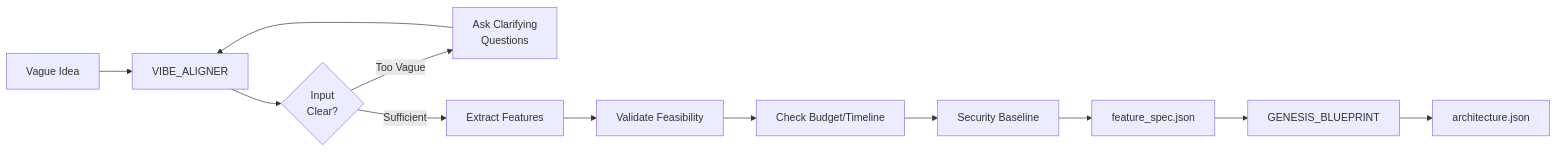
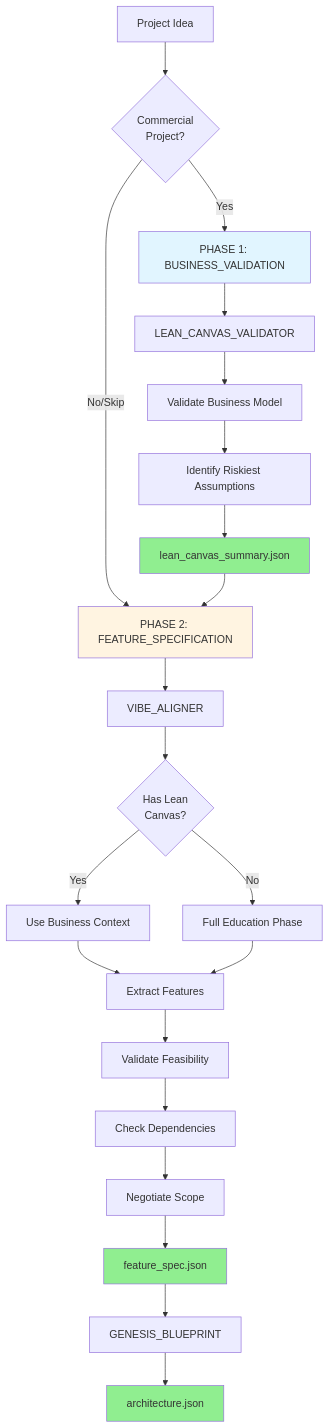
The diagram in README.md (kimeisele/vibe-agency), drawn with Mermaid before and after one commit. The commit also changed other lines of this file and 3 other files, not shown here.

````diff
--- a/README.md
+++ b/README.md
@@ -127,14 +141,34 @@
 ```mermaid
-graph LR
-    A[Vague Idea] --> B[VIBE_ALIGNER]
-    B --> C{Input<br/>Clear?}
-    C -->|Too Vague| D[Ask Clarifying<br/>Questions]
-    D --> B
-    C -->|Sufficient| E[Extract Features]
-    E --> F[Validate Feasibility]
-    F --> G[Check Budget/Timeline]
-    G --> H[Security Baseline]
-    H --> I[feature_spec.json]
-    I --> J[GENESIS_BLUEPRINT]
-    J --> K[architecture.json]
+graph TB
+    Start[Project Idea] --> Check{Commercial<br/>Project?}
+
+    Check -->|Yes| Phase1[PHASE 1: BUSINESS_VALIDATION]
+    Check -->|No/Skip| Phase2[PHASE 2: FEATURE_SPECIFICATION]
+
+    Phase1 --> LCV[LEAN_CANVAS_VALIDATOR]
+    LCV --> LCV1[Validate Business Model]
+    LCV1 --> LCV2[Identify Riskiest Assumptions]
+    LCV2 --> LCS[lean_canvas_summary.json]
+
+    LCS --> Phase2
+
+    Phase2 --> VA[VIBE_ALIGNER]
+    VA --> VA1{Has Lean<br/>Canvas?}
+    VA1 -->|Yes| VA2[Use Business Context]
+    VA1 -->|No| VA3[Full Education Phase]
+    VA2 --> VA4[Extract Features]
+    VA3 --> VA4
+    VA4 --> VA5[Validate Feasibility]
+    VA5 --> VA6[Check Dependencies]
+    VA6 --> VA7[Negotiate Scope]
+    VA7 --> FS[feature_spec.json]
+
+    FS --> GB[GENESIS_BLUEPRINT]
+    GB --> Arch[architecture.json]
+
+    style Phase1 fill:#e1f5ff
+    style Phase2 fill:#fff4e1
+    style LCS fill:#90ee90
+    style FS fill:#90ee90
+    style Arch fill:#90ee90
 ```
````
